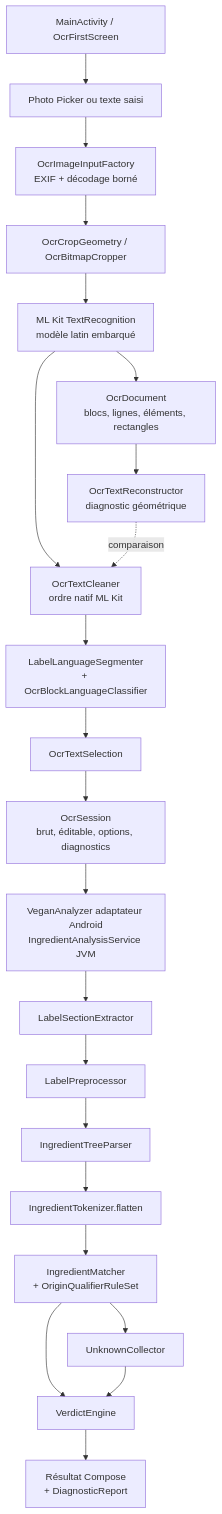
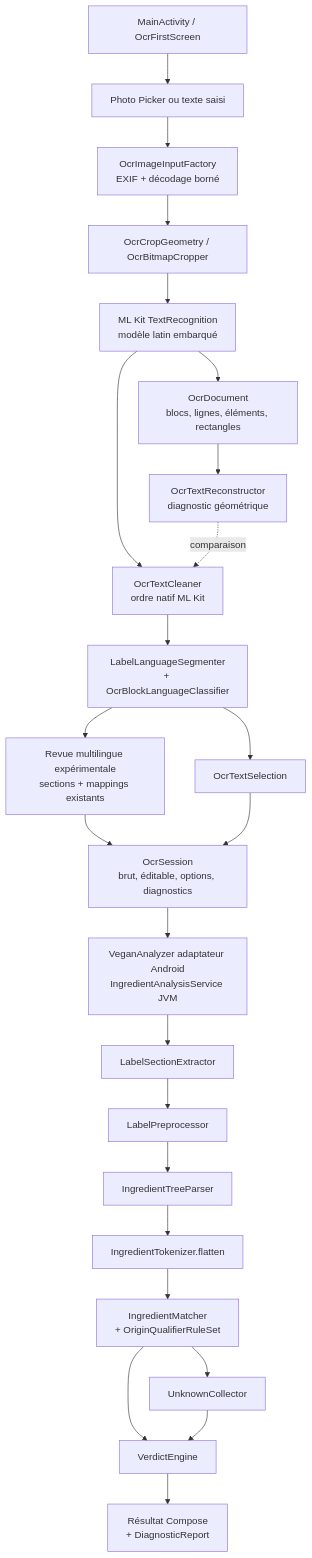
Before and after one commit to hoctopuse/Is-it-Vegan: the diagram in docs/architecture.md, drawn with Mermaid. The commit also changed other lines of this file and 25 other files, not shown here.

````diff
--- a/docs/architecture.md
+++ b/docs/architecture.md
@@ -7,24 +7,26 @@
 ```mermaid
 flowchart TD
     UI[MainActivity / OcrFirstScreen] --> PICK[Photo Picker ou texte saisi]
     PICK --> PREP[OcrImageInputFactory\nEXIF + décodage borné]
     PREP --> CROP[OcrCropGeometry / OcrBitmapCropper]
     CROP --> ML[ML Kit TextRecognition\nmodèle latin embarqué]
     ML --> DOC[OcrDocument\nblocs, lignes, éléments, rectangles]
     DOC --> RECON[OcrTextReconstructor\ndiagnostic géométrique]
     ML --> CLEAN[OcrTextCleaner\nordre natif ML Kit]
     RECON -. comparaison .-> CLEAN
     CLEAN --> LANG[LabelLanguageSegmenter\n+ OcrBlockLanguageClassifier]
     LANG --> SELECT[OcrTextSelection]
+    LANG --> ALIGN[Revue multilingue expérimentale\nsections + mappings existants]
+    ALIGN --> SESSION
     SELECT --> SESSION[OcrSession\nbrut, éditable, options, diagnostics]
     SESSION --> ANALYZE[VeganAnalyzer adaptateur Android\nIngredientAnalysisService JVM]
     ANALYZE --> SECTIONS[LabelSectionExtractor]
     SECTIONS --> PREPROCESS[LabelPreprocessor]
     PREPROCESS --> TREE[IngredientTreeParser]
     TREE --> FLAT[IngredientTokenizer.flatten]
     FLAT --> MATCH[IngredientMatcher\n+ OriginQualifierRuleSet]
     MATCH --> UNKNOWN[UnknownCollector]
     MATCH --> VERDICT[VerdictEngine]
     UNKNOWN --> VERDICT
     VERDICT --> RESULT[Résultat Compose\n+ DiagnosticReport]
 ```
````
